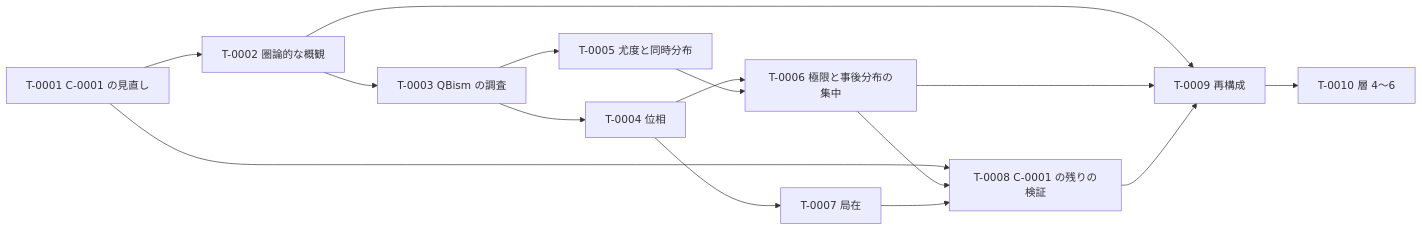
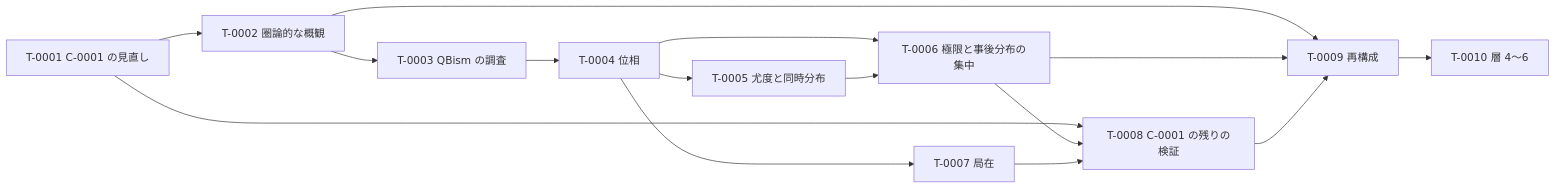
The diagram in roadmap.md (kittenkiki15/point-free-spacetime), drawn with Mermaid before and after one commit. The commit also changed other lines of this file and 6 other files, not shown here.

````diff
--- a/roadmap.md
+++ b/roadmap.md
@@ -52,17 +52,17 @@
 ```mermaid
 flowchart LR
   T0001["T-0001 C-0001 の見直し"] --> T0002["T-0002 圏論的な概観"]
   T0002 --> T0003["T-0003 QBism の調査"]
   T0003 --> T0004["T-0004 位相"]
-  T0003 --> T0005["T-0005 尤度と同時分布"]
+  T0004 --> T0005["T-0005 尤度と同時分布"]
   T0004 --> T0006["T-0006 極限と事後分布の集中"]
   T0005 --> T0006
   T0004 --> T0007["T-0007 局在"]
   T0001 --> T0008["T-0008 C-0001 の残りの検証"]
   T0006 --> T0008
   T0007 --> T0008
   T0002 --> T0009["T-0009 再構成"]
   T0006 --> T0009
   T0008 --> T0009
   T0009 --> T0010["T-0010 層 4〜6"]
 ```
````
